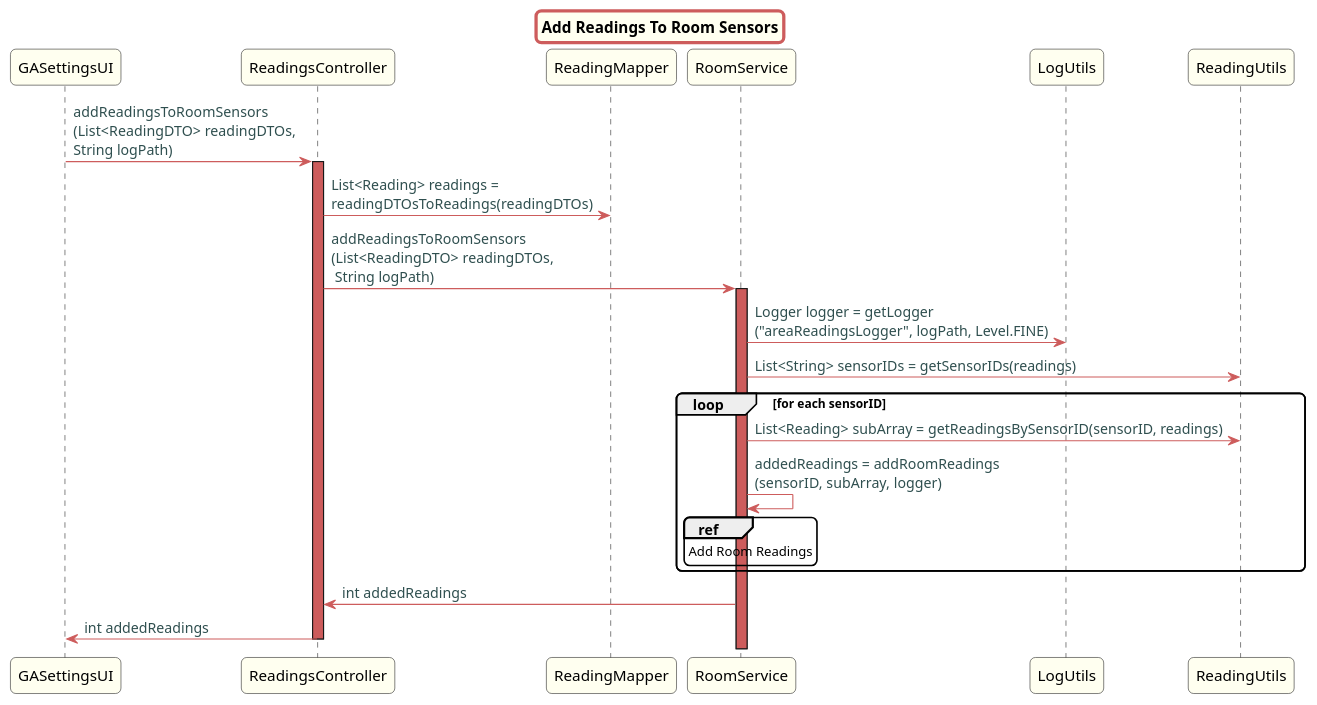
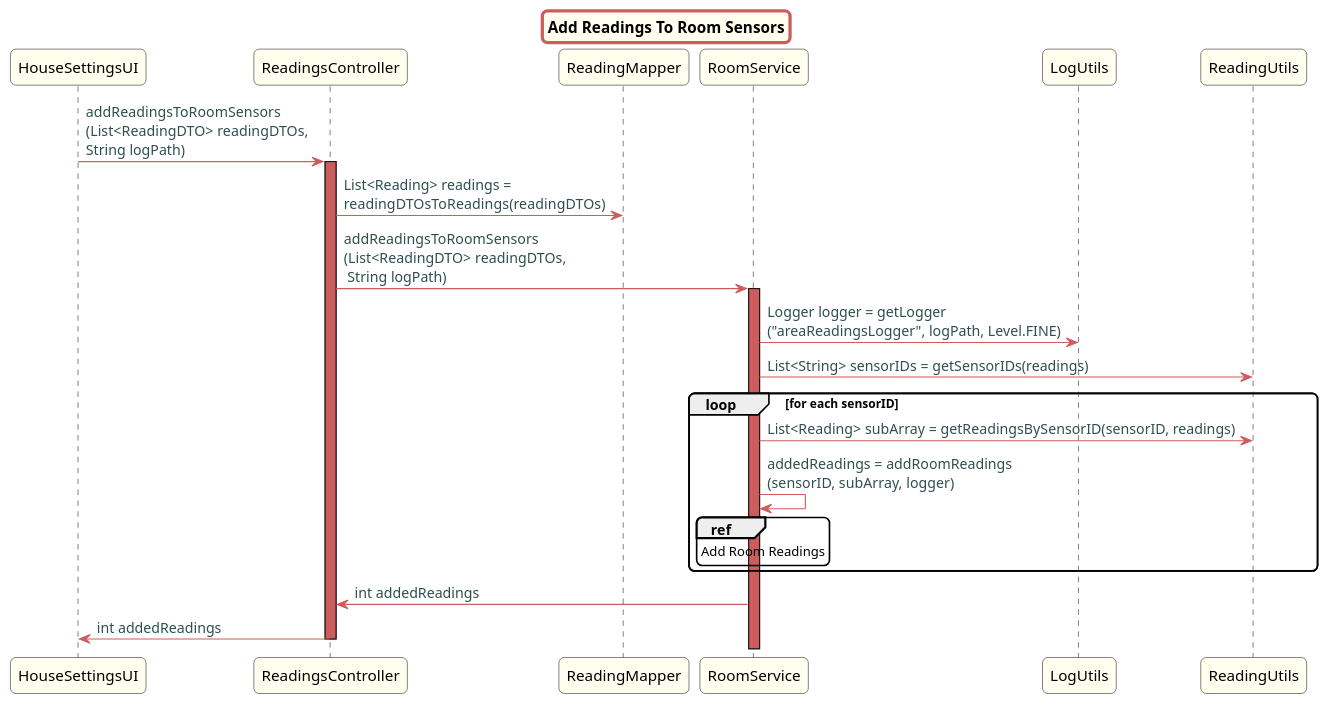
The diagram in src/doc/Controllers/HouseConfiguration/US265/AddReadingsToRoomSensors.puml (Almadanmp/project), drawn with PlantUML before and after one commit. The commit also changed 2 other files, not shown here.

```diff
--- a/src/doc/Controllers/HouseConfiguration/US265/AddReadingsToRoomSensors.puml
+++ b/src/doc/Controllers/HouseConfiguration/US265/AddReadingsToRoomSensors.puml
@@ -1,52 +1,52 @@
 @startuml
 
 skinparam titleBorderRoundCorner 10
 skinparam titleBorderThickness 3
 skinparam titleBorderColor indianred
 skinparam titleBackgroundColor ivory
 skinparam FontName quicksand
 
 skinparam actor {
   BorderColor indianred
   }
 
 skinparam sequence {
   LifeLineBackgroundColor indianred
   ParticipantBackgroundColor ivory
 }
 
 skinparam roundcorner 10
 
 skinparam component {
   arrowThickness 1
   ArrowFontName Verdana
   ArrowColor indianred
   ArrowFontColor darkslategrey
 }
 
 title Add Readings To Room Sensors
-GASettingsUI -> ReadingsController: addReadingsToRoomSensors\n(List<ReadingDTO> readingDTOs, \nString logPath)
+HouseSettingsUI -> ReadingsController: addReadingsToRoomSensors\n(List<ReadingDTO> readingDTOs, \nString logPath)
 activate ReadingsController
 ReadingsController -> ReadingMapper: List<Reading> readings = \nreadingDTOsToReadings(readingDTOs)
 ReadingsController -> RoomService: addReadingsToRoomSensors\n(List<ReadingDTO> readingDTOs,\n String logPath)
 activate RoomService
 
 RoomService -> LogUtils: Logger logger = getLogger\n("areaReadingsLogger", logPath, Level.FINE)
 RoomService -> ReadingUtils: List<String> sensorIDs = getSensorIDs(readings)
 
 
 loop for each sensorID
 RoomService -> ReadingUtils: List<Reading> subArray = getReadingsBySensorID(sensorID, readings)
 
 RoomService -> RoomService: addedReadings = addRoomReadings\n(sensorID, subArray, logger)
 ref over RoomService
 Add Room Readings
 end ref
 end
 
 RoomService -> ReadingsController: int addedReadings
-ReadingsController -> GASettingsUI: int addedReadings
+ReadingsController -> HouseSettingsUI: int addedReadings
 
 deactivate ReadingsController
 
 @enduml
```
